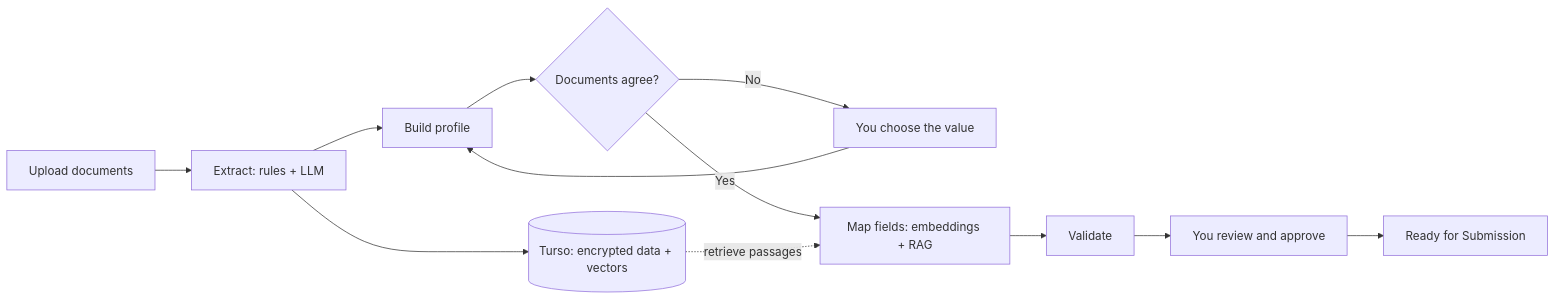
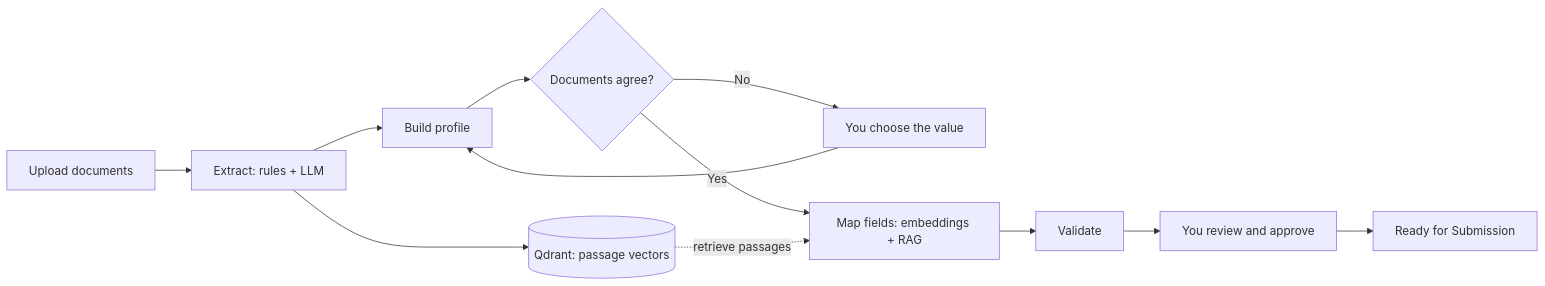
Before and after one commit to RiteshKumar2e/Formpilot: the diagram in README.md, drawn with Mermaid. The commit also changed other lines of this file and 22 other files, not shown here.

Commit message:
Refactor database integration: migrate from Turso/libSQL to PostgreSQL and Qdrant.

````diff
--- a/README.md
+++ b/README.md
@@ -79,14 +79,14 @@
 ```mermaid
 flowchart LR
     A[Upload documents] --> B[Extract: rules + LLM]
-    B --> V[(Turso: encrypted data + vectors)]
+    B --> V[(Qdrant: passage vectors)]
     B --> C[Build profile]
     C --> D{Documents agree?}
     D -- No --> E[You choose the value]
     E --> C
     D -- Yes --> F[Map fields: embeddings + RAG]
     V -. retrieve passages .-> F
     F --> G[Validate]
     G --> H[You review and approve]
     H --> I[Ready for Submission]
 ```
````
